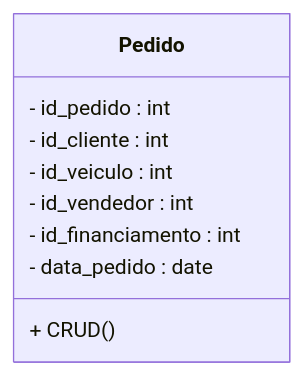
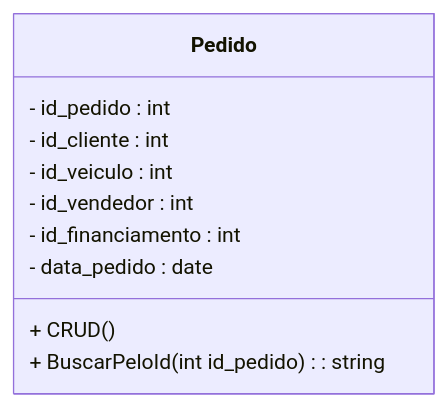
One commit to SENAI-TOYOTA/ToyotaTech changed the sixth of 11 diagrams in UML.md. Above: the diagram before and after it, drawn with Mermaid. The commit also changed other lines of this file, not shown here.

````diff
--- a/UML.md
+++ b/UML.md
@@ -69,12 +82,13 @@
 ```mermaid
         classDiagram
         class Pedido{
             - id_pedido : int
             - id_cliente : int
             - id_veiculo : int
             - id_vendedor : int
             - id_financiamento : int
             - data_pedido : date
             + CRUD ()
+            + BuscarPeloId (int id_pedido) : string
         }
 ```
````
